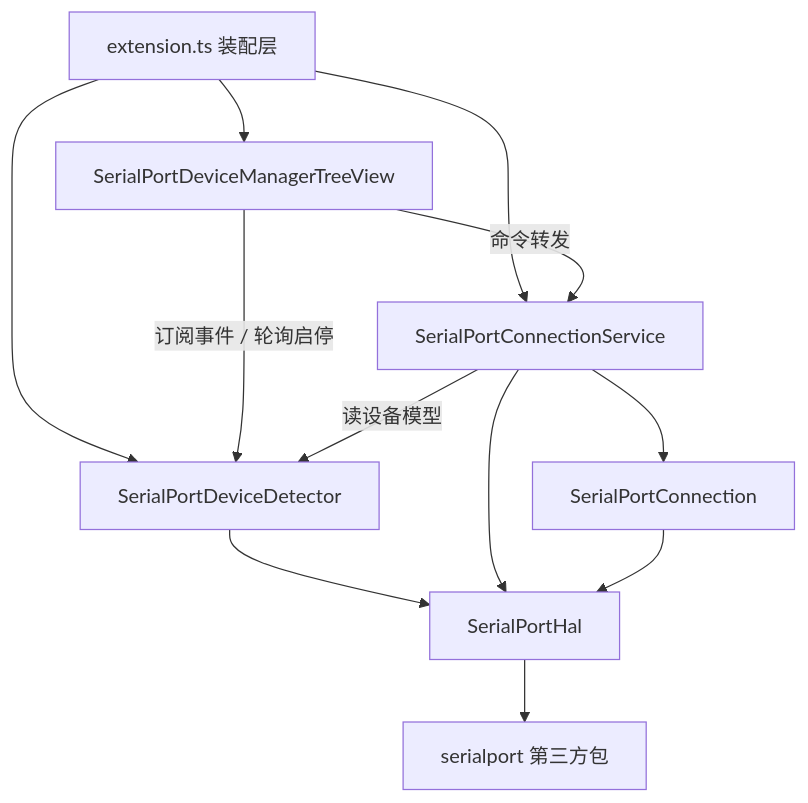
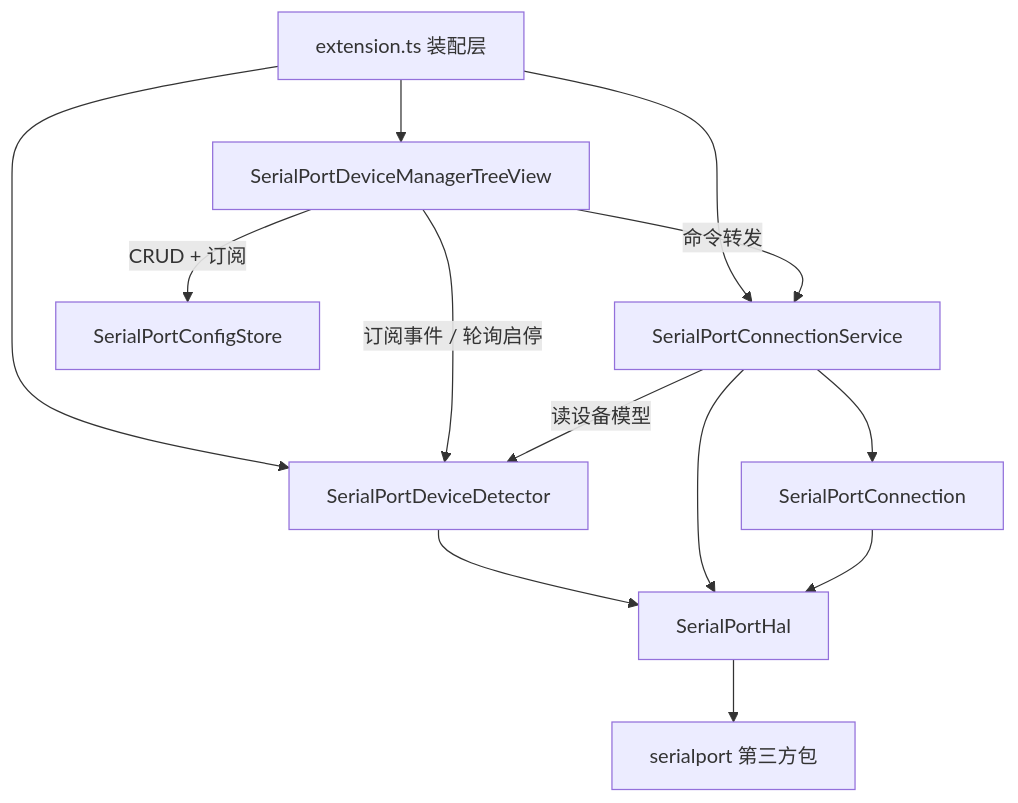
The first of 5 diagrams in doc/总体架构.md (ziqiang-zhu/vscode-serial-port-terminal), drawn with Mermaid before and after one commit. The commit also changed other lines of this file and 12 other files, not shown here.

First line of the commit message:
feat: add serial port config ui testing

````diff
--- a/doc/总体架构.md
+++ b/doc/总体架构.md
@@ -12,14 +12,15 @@
 ```mermaid
 graph TD
     UI[extension.ts 装配层] --> View[SerialPortDeviceManagerTreeView]
     UI --> Detector[SerialPortDeviceDetector]
     UI --> ConnectionService[SerialPortConnectionService]
     View -->|命令转发| ConnectionService
     View -->|订阅事件 / 轮询启停| Detector
+    View -->|CRUD + 订阅| ConfigStore[SerialPortConfigStore]
     ConnectionService -->|读设备模型| Detector
     ConnectionService --> Connection[SerialPortConnection]
     Detector --> HAL[SerialPortHal]
     ConnectionService --> HAL
     Connection --> HAL
     HAL --> SP[serialport 第三方包]
 ```
````
